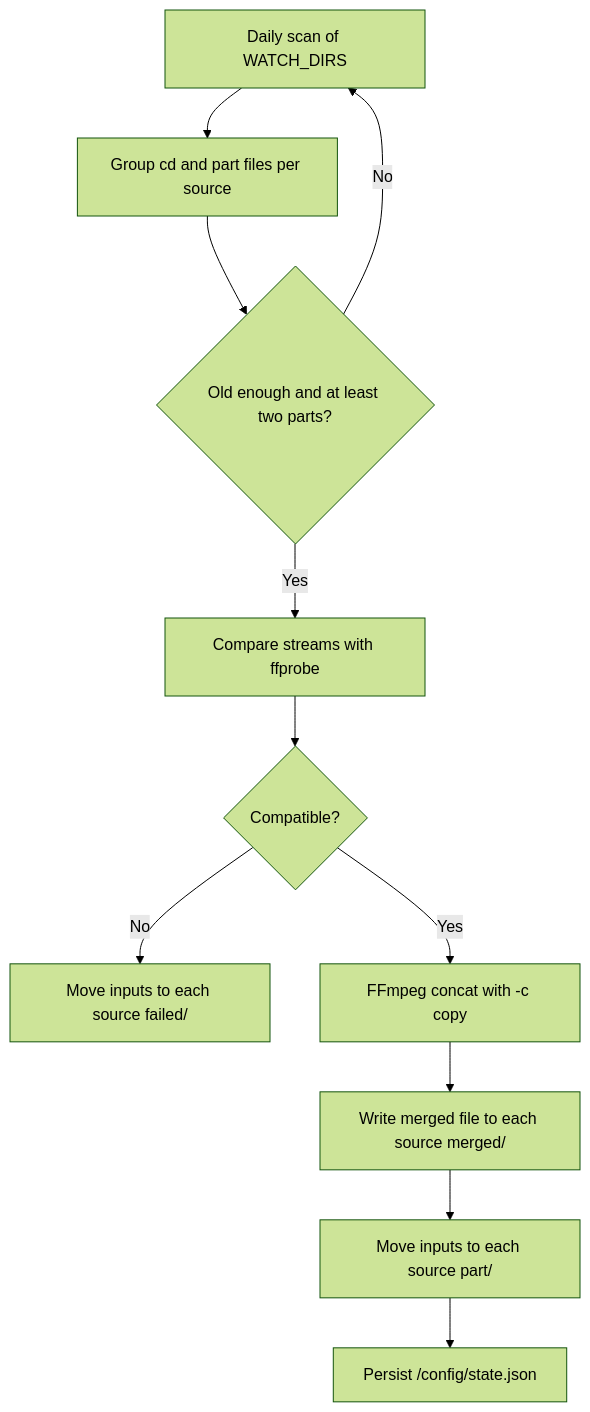
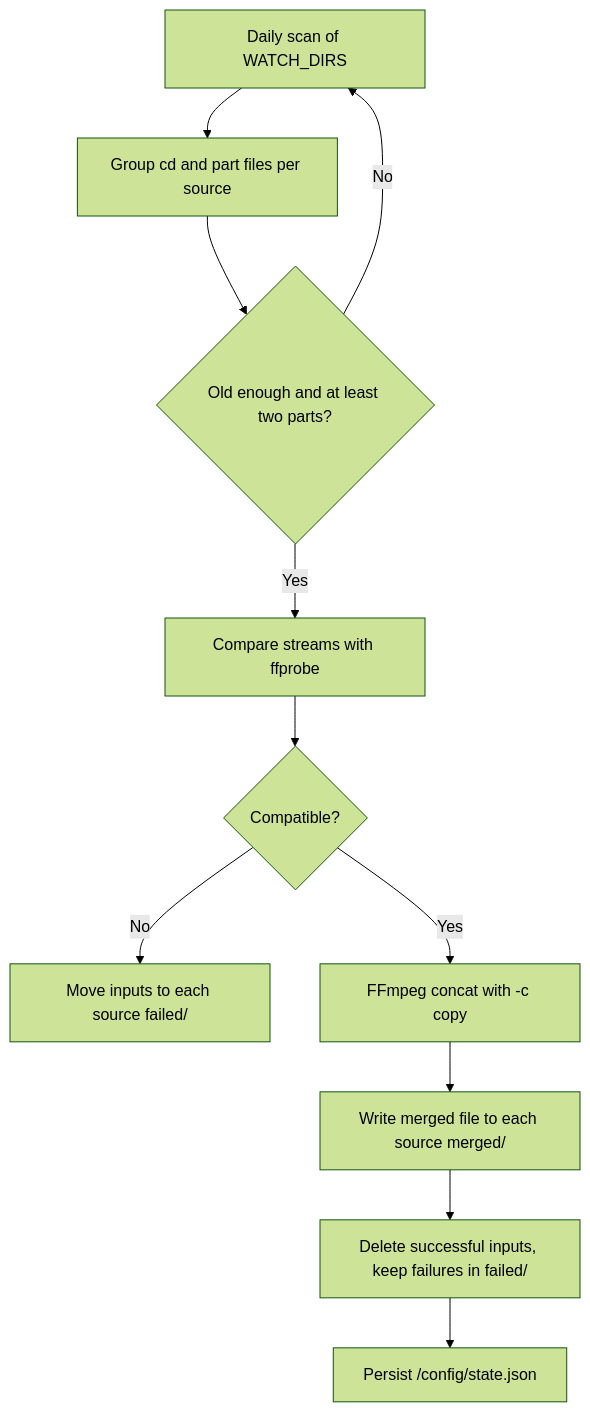
The diagram in README.md (guoyiheng/nas-auto-merge), drawn with Mermaid (forest theme) before and after one commit. The commit also changed other lines of this file and 4 other files, not shown here.

First line of the commit message:
feat: delete source parts after successful merge

````diff
--- a/README.md
+++ b/README.md
@@ -19,13 +19,13 @@
 ```mermaid
 flowchart TD
     A[Daily scan of WATCH_DIRS] --> B[Group cd and part files per source]
     B --> C{Old enough and at least two parts?}
     C -- No --> A
     C -- Yes --> D[Compare streams with ffprobe]
     D --> E{Compatible?}
     E -- No --> F[Move inputs to each source failed/]
     E -- Yes --> G[FFmpeg concat with -c copy]
     G --> H[Write merged file to each source merged/]
-    H --> I[Move inputs to each source part/]
+    H --> I[Delete successful inputs, keep failures in failed/]
     I --> J[Persist /config/state.json]
 ```
````
